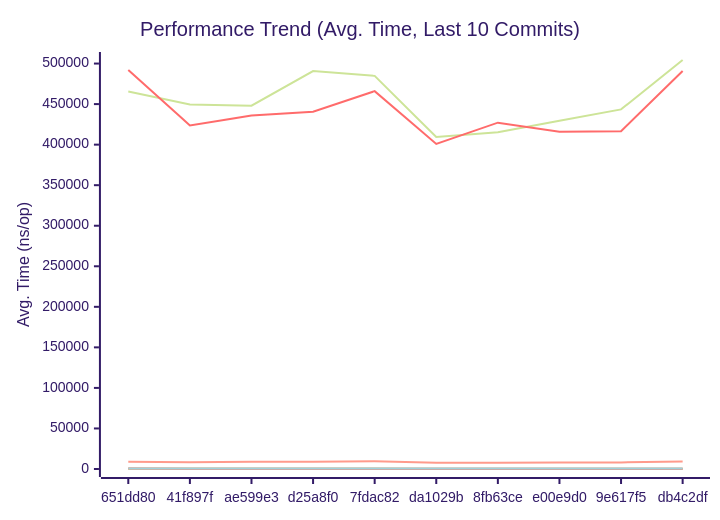
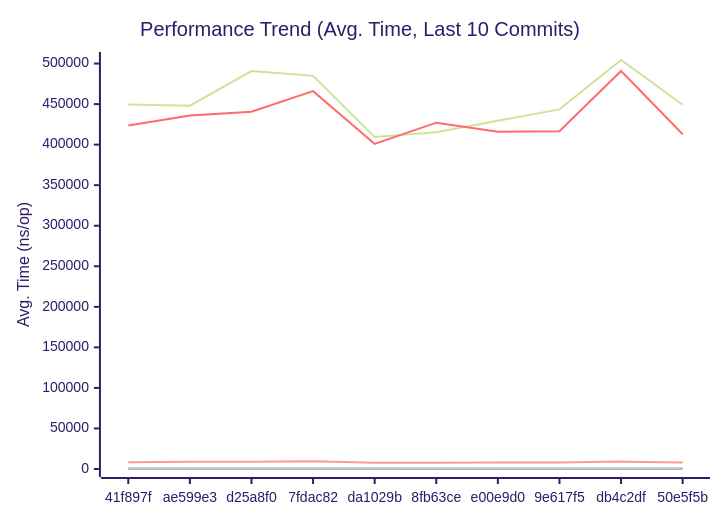
One commit to alsotoes/momo changed the first of 3 diagrams in docs/PERFORMANCE.md. Above: the diagram before and after it, drawn with Mermaid (forest theme). The commit also changed other lines of this file and 3 other files, not shown here.

````diff
--- a/docs/PERFORMANCE.md
+++ b/docs/PERFORMANCE.md
@@ -145,20 +145,20 @@
 ```mermaid
 xychart-beta
     title "Performance Trend (Avg. Time, Last 10 Commits)"
     x-axis "Commit"
     y-axis "Avg. Time (ns/op)"
-    x-axis [651dd80,41f897f,ae599e3,d25a8f0,7fdac82,da1029b,8fb63ce,e00e9d0,9e617f5,db4c2df]
-    line "AWSChunkedReaderSigned" [465495,449386,448000,490719,484836,409335,415353,429495,443463,504383]
-    line "AWSChunkedReaderUnsigned" [492166,423737,435828,440689,465971,400921,427097,416046,416589,490906]
-    line "CheckMetricsAndSwap" [8,8,9,8,10,7,8,8,7,8]
-    line "CrushOptimized" [388,386,330,354,427,297,293,318,318,375]
-    line "CrushOriginal" [557,423,425,439,459,396,411,411,409,471]
+    x-axis [41f897f,ae599e3,d25a8f0,7fdac82,da1029b,8fb63ce,e00e9d0,9e617f5,db4c2df,50e5f5b]
+    line "AWSChunkedReaderSigned" [449386,448000,490719,484836,409335,415353,429495,443463,504383,449225]
+    line "AWSChunkedReaderUnsigned" [423737,435828,440689,465971,400921,427097,416046,416589,490906,412879]
+    line "CheckMetricsAndSwap" [8,9,8,10,7,8,8,7,8,8]
+    line "CrushOptimized" [386,330,354,427,297,293,318,318,375,304]
+    line "CrushOriginal" [423,425,439,459,396,411,411,409,471,434]
     line "IndexDirectTracking" [0,0,0,0,0,0,0,0,0,0]
-    line "IndexSearch" [3,2,2,2,2,2,2,2,2,2]
-    line "LoadGlobalConfig" [8807,8472,8919,8791,9473,7743,7862,8049,8138,9117]
-    line "PadString" [50,47,41,47,46,38,38,39,39,49]
+    line "IndexSearch" [2,2,2,2,2,2,2,2,2,2]
+    line "LoadGlobalConfig" [8472,8919,8791,9473,7743,7862,8049,8138,9117,7890]
+    line "PadString" [47,41,47,46,38,38,39,39,49,39]
     line "ParseReplicationOrder_NoPrealloc" [350,349,357,354,345,225,229,165,232,234]
     line "ParseReplicationOrder_Prealloc" [229,231,237,234,229,108,107,80,110,109]
-    line "SanitizeLog/Safe" [475,259,236,446,421,213,231,213,222,430]
-    line "SanitizeLog/Unsafe" [638,691,701,564,628,658,674,673,658,601]
+    line "SanitizeLog/Safe" [259,236,446,421,213,231,213,222,430,390]
+    line "SanitizeLog/Unsafe" [691,701,564,628,658,674,673,658,601,504]
 ```
````
